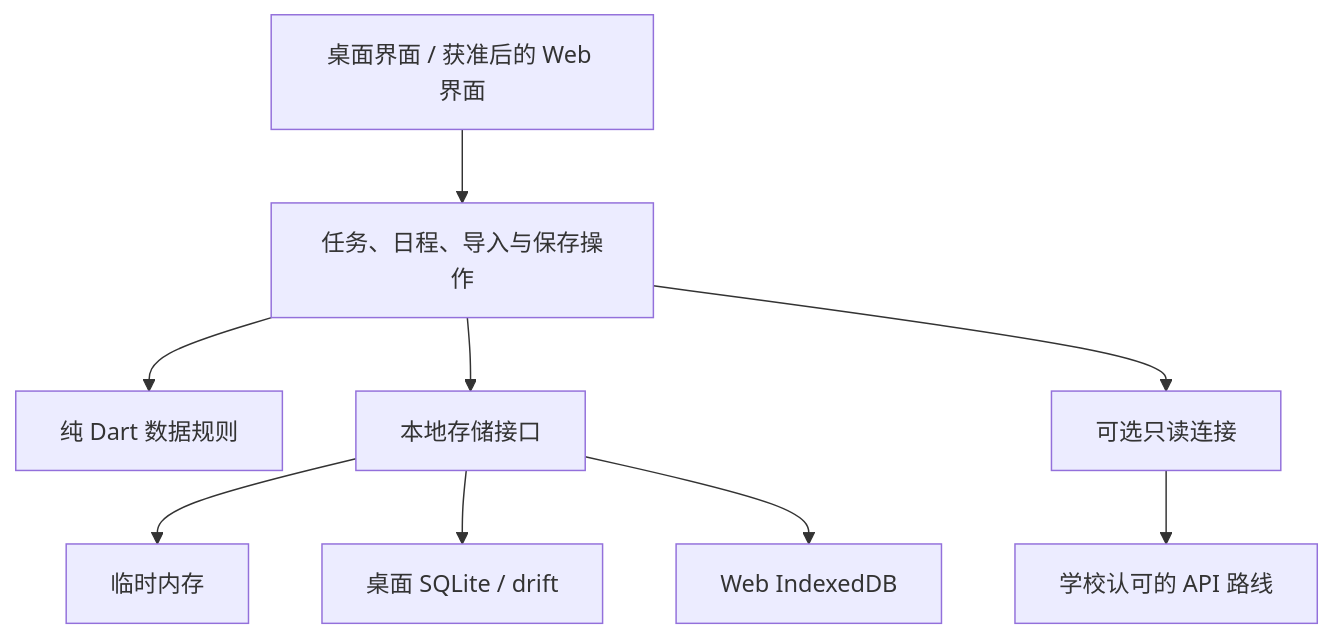
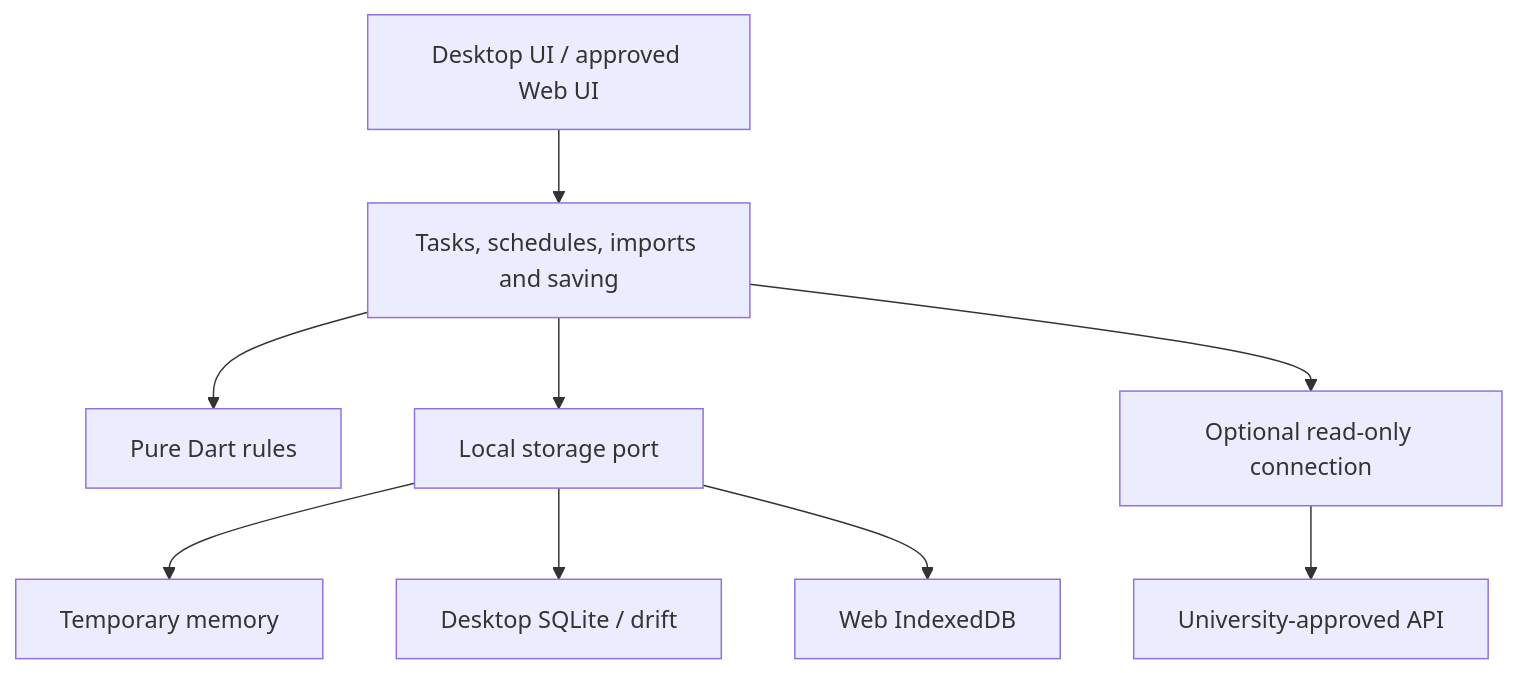
One commit to lorendw7/Cadence changed the diagram in docs/adr/005-local-offline-and-school-gated-web.md. Above: the diagram before and after it, drawn with Mermaid. The commit also changed other lines of this file and 70 other files, not shown here.

````diff
--- a/docs/adr/005-local-offline-and-school-gated-web.md
+++ b/docs/adr/005-local-offline-and-school-gated-web.md
@@ -60,11 +64,11 @@
 ```mermaid
 flowchart TD
-  UI[桌面界面 / 获准后的 Web 界面] --> App[任务、日程、导入与保存操作]
-  App --> Domain[纯 Dart 数据规则]
-  App --> Local[本地存储接口]
-  Local --> Memory[临时内存]
-  Local --> SQLite[桌面 SQLite / drift]
+  UI[Desktop UI / approved Web UI] --> App[Tasks, schedules, imports and saving]
+  App --> Domain[Pure Dart rules]
+  App --> Local[Local storage port]
+  Local --> Memory[Temporary memory]
+  Local --> SQLite[Desktop SQLite / drift]
   Local --> IDB[Web IndexedDB]
-  App --> Connector[可选只读连接]
-  Connector --> School[学校认可的 API 路线]
+  App --> Connector[Optional read-only connection]
+  Connector --> School[University-approved API]
 ```
````
